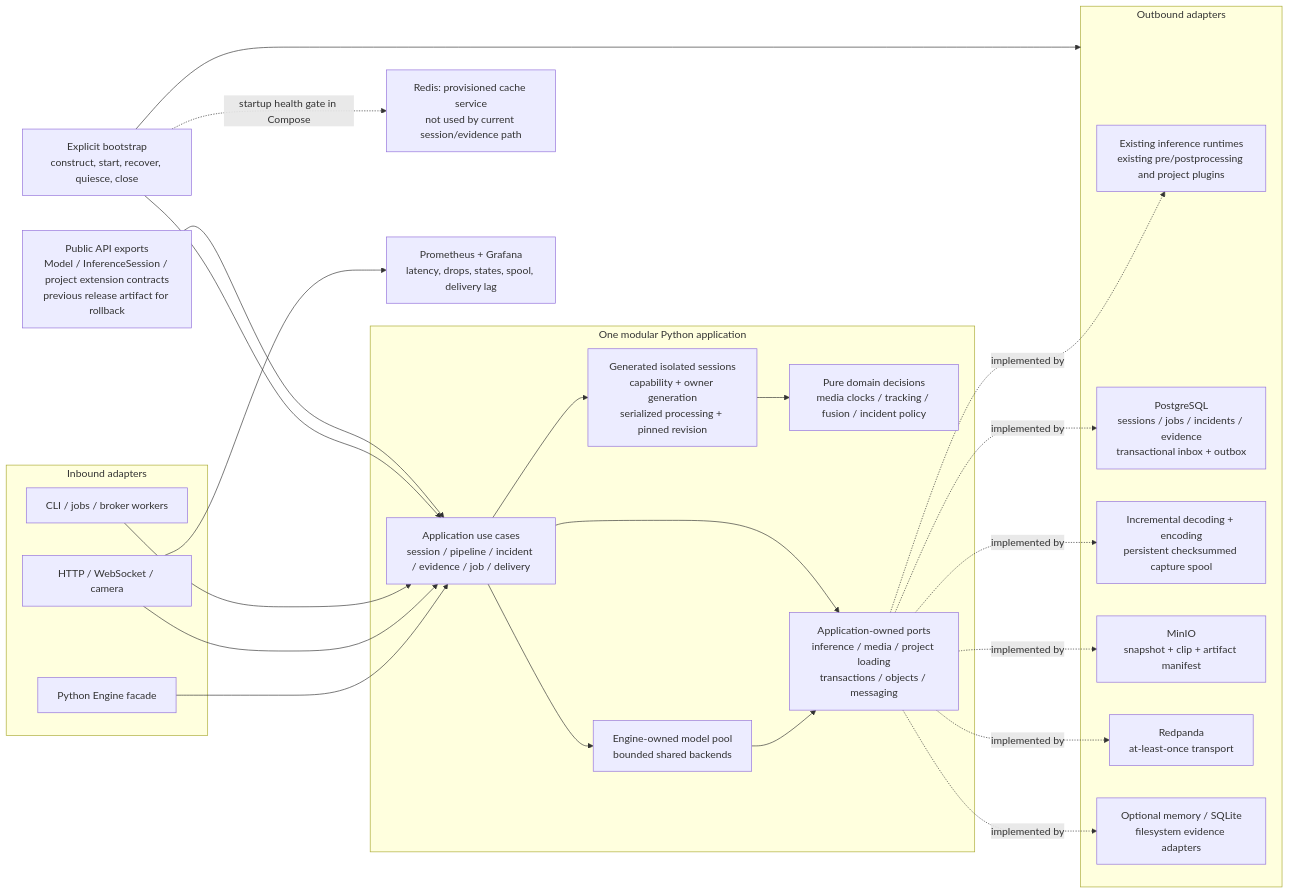
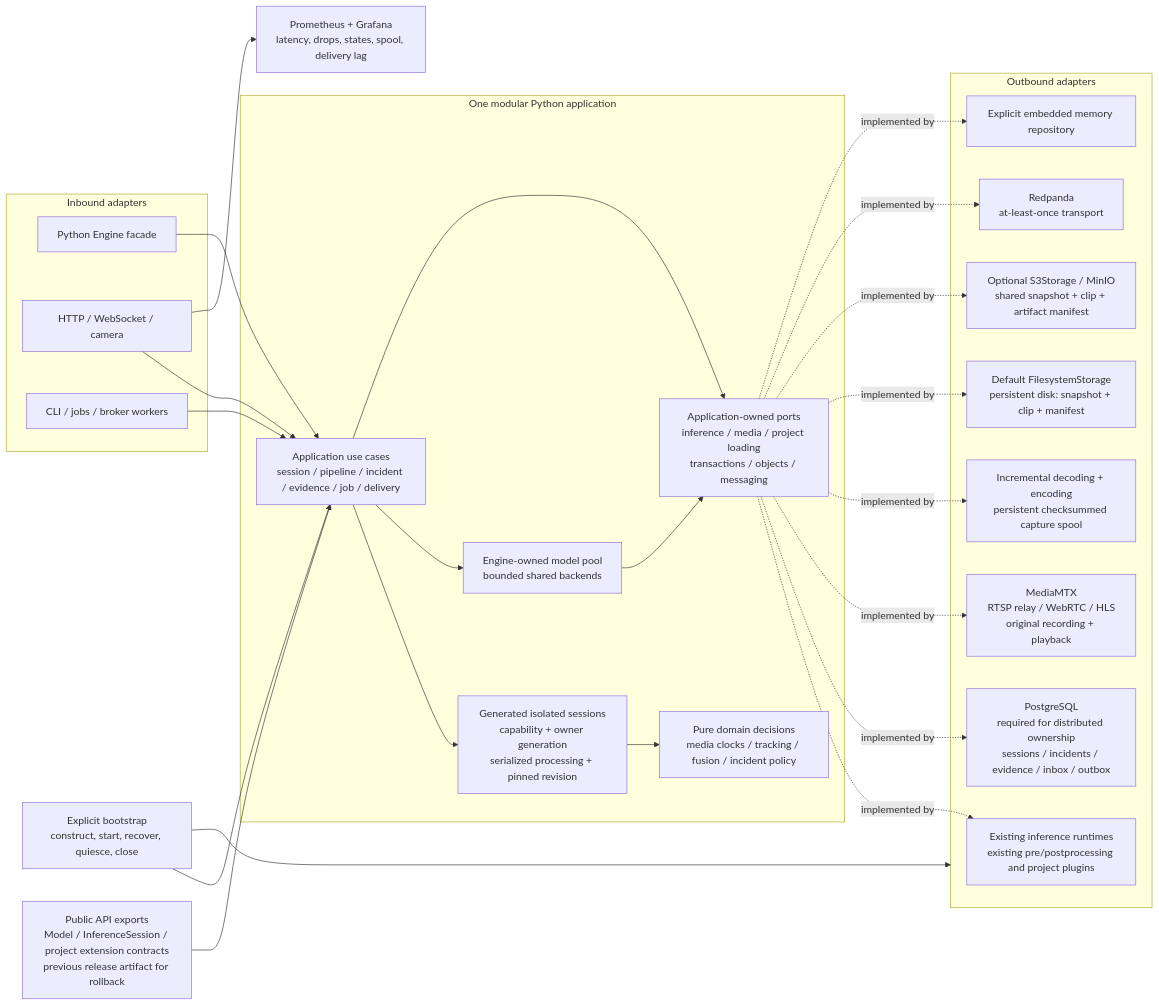
The diagram in docs/architecture/10-shared-engine.mmd (OsamaM0/inferops), drawn with Mermaid before and after one commit. The commit also changed 209 other files, not shown here.

First line of the commit message:
Add comprehensive tests for source control, spool accounting, Triton repository, worker control, and ownership management

```diff
--- a/docs/architecture/10-shared-engine.mmd
+++ b/docs/architecture/10-shared-engine.mmd
@@ -1,42 +1,44 @@
 flowchart LR
     subgraph inbound["Inbound adapters"]
         python["Python Engine facade"]
         http["HTTP / WebSocket / camera"]
         workers["CLI / jobs / broker workers"]
     end
     subgraph center["One modular Python application"]
         app["Application use cases<br/>session / pipeline / incident / evidence / job / delivery"]
         sessions["Generated isolated sessions<br/>capability + owner generation<br/>serialized processing + pinned revision"]
         domain["Pure domain decisions<br/>media clocks / tracking / fusion / incident policy"]
         pool["Engine-owned model pool<br/>bounded shared backends"]
         ports["Application-owned ports<br/>inference / media / project loading<br/>transactions / objects / messaging"]
     end
     subgraph outbound["Outbound adapters"]
         runtime["Existing inference runtimes<br/>existing pre/postprocessing and project plugins"]
-        pg["PostgreSQL<br/>sessions / jobs / incidents / evidence<br/>transactional inbox + outbox"]
+        pg["PostgreSQL<br/>required for distributed ownership<br/>sessions / incidents / evidence / inbox / outbox"]
+        router["MediaMTX<br/>RTSP relay / WebRTC / HLS<br/>original recording + playback"]
         media["Incremental decoding + encoding<br/>persistent checksummed capture spool"]
-        minio["MinIO<br/>snapshot + clip + artifact manifest"]
+        disk["Default FilesystemStorage<br/>persistent disk: snapshot + clip + manifest"]
+        minio["Optional S3Storage / MinIO<br/>shared snapshot + clip + artifact manifest"]
         redpanda["Redpanda<br/>at-least-once transport"]
-        dev["Optional memory / SQLite<br/>filesystem evidence adapters"]
+        dev["Explicit embedded memory repository"]
     end
     boot["Explicit bootstrap<br/>construct, start, recover, quiesce, close"]
     python --> app
     http --> app
     workers --> app
     app --> sessions --> domain
     app --> pool --> ports
     app --> ports
     ports -. implemented by .-> runtime
     ports -. implemented by .-> pg
+    ports -. implemented by .-> router
     ports -. implemented by .-> media
+    ports -. implemented by .-> disk
     ports -. implemented by .-> minio
     ports -. implemented by .-> redpanda
     ports -. implemented by .-> dev
     boot --> app
     boot --> outbound
-    redis["Redis: provisioned cache service<br/>not used by current session/evidence path"]
     monitoring["Prometheus + Grafana<br/>latency, drops, states, spool, delivery lag"]
-    boot -. startup health gate in Compose .-> redis
     http --> monitoring
     bridge["Public API exports<br/>Model / InferenceSession / project extension contracts<br/>previous release artifact for rollback"]
     bridge --> app
```
